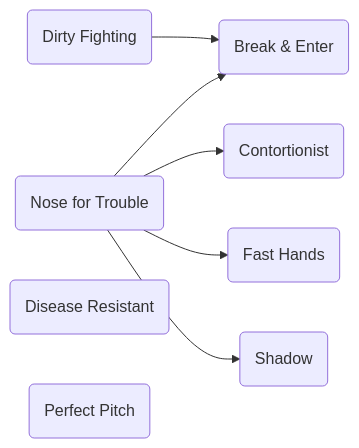
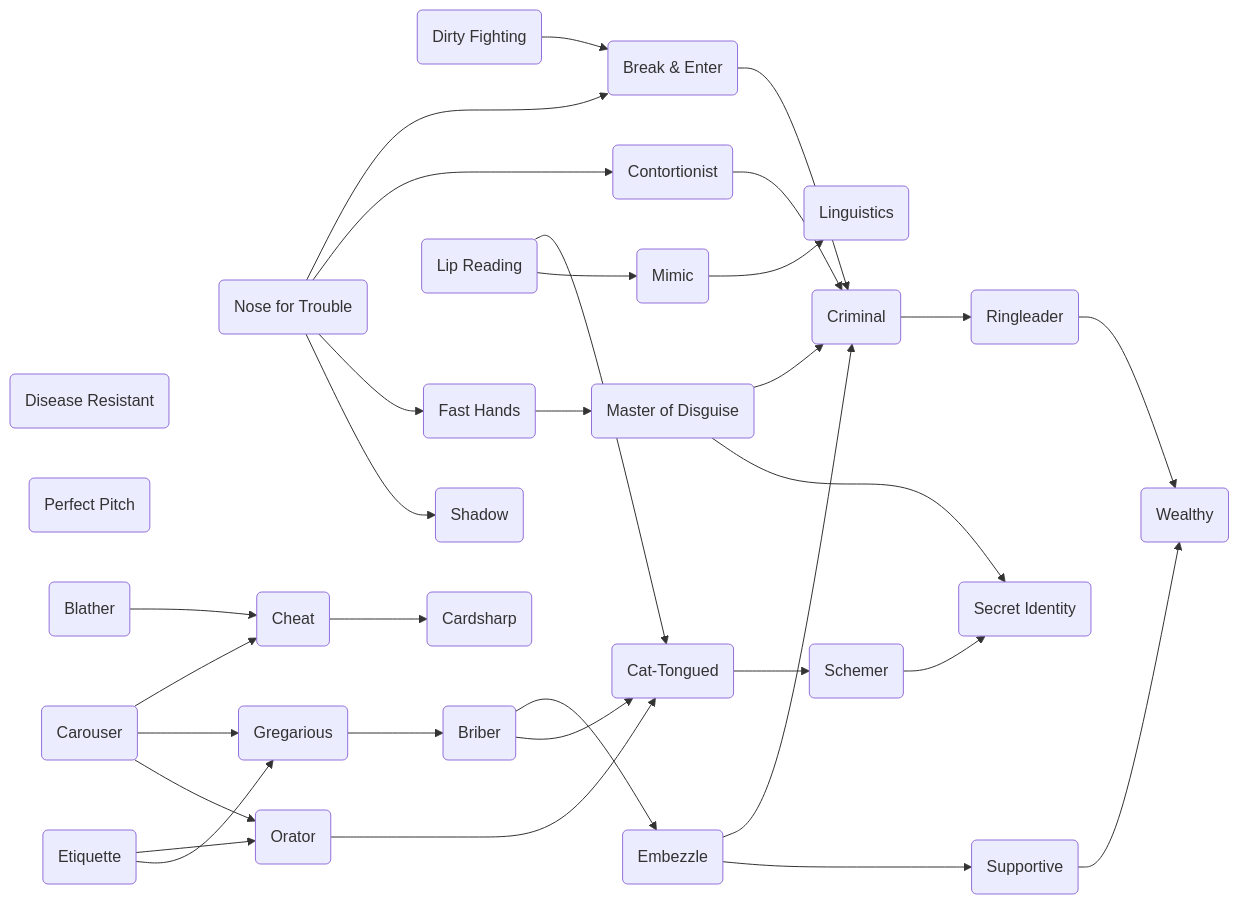
The third of 3 diagrams in content/Characters/Talents/Talent Maps.md (donutrj/verdigris2), drawn with Mermaid before and after one commit.

Commit message:
Quartz sync: Jul 15, 2024, 7:40 PM

````diff
--- a/content/Characters/Talents/Talent Maps.md
+++ b/content/Characters/Talents/Talent Maps.md
@@ -97,19 +97,67 @@
 ``` mermaid
 graph LR
 
 A(Dirty Fighting)
 B(Break & Enter)
 C(Nose for Trouble)
 D(Contortionist)
 E(Disease Resistant)
 F(Fast Hands)
 G(Perfect Pitch)
 H(Shadow)
+I(Master of Disguise)
+J(Criminal)
+K(Ringleader)
+L(Wealthy)
+M(Carouser)
+N(Blather)
+O(Etiquette)
+P(Lip Reading)
+Q(Cheat)
+R(Gregarious)
+S(Orator)
+T(Mimic)
+U(Linguistics)
+V(Cardsharp)
+W(Briber)
+X(Cat-Tongued)
+Y(Embezzle)
+Z(Schemer)
+AA(Secret Identity)
+AB(Supportive)
 
+E
+G
 A --> B
 C --> B
 C --> D
 C --> F
 C --> H
+F --> I
+I --> J
+J --> K
+K --> L
+B --> J
+D --> J
+M --> Q
+M --> R
+M --> S
+N --> Q
+O --> S
+O --> R
+Q --> V
+R --> W
+W --> Y
+W --> X
+S --> X
+P --> X
+P --> T
+T --> U
+I --> AA
+Z --> AA
+Y --> J
+X --> Z
+Y --> AB
+AB --> L
 
 ```
````
